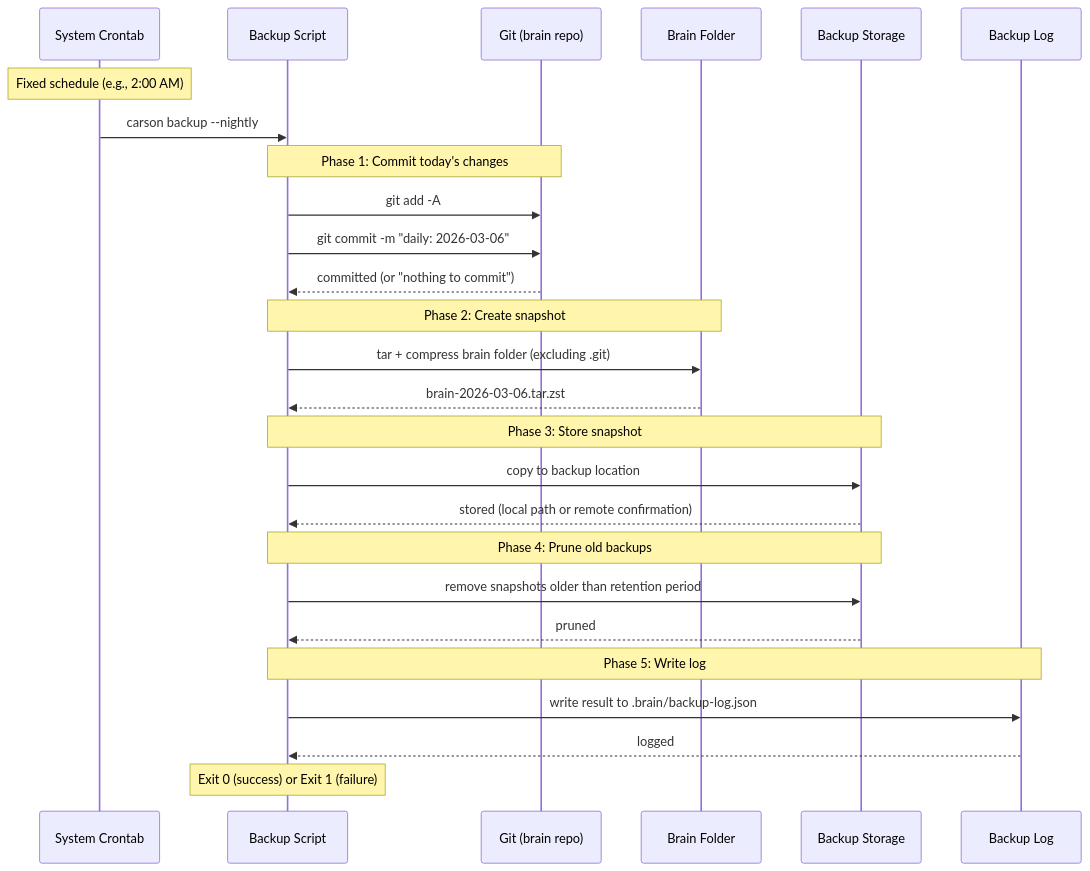
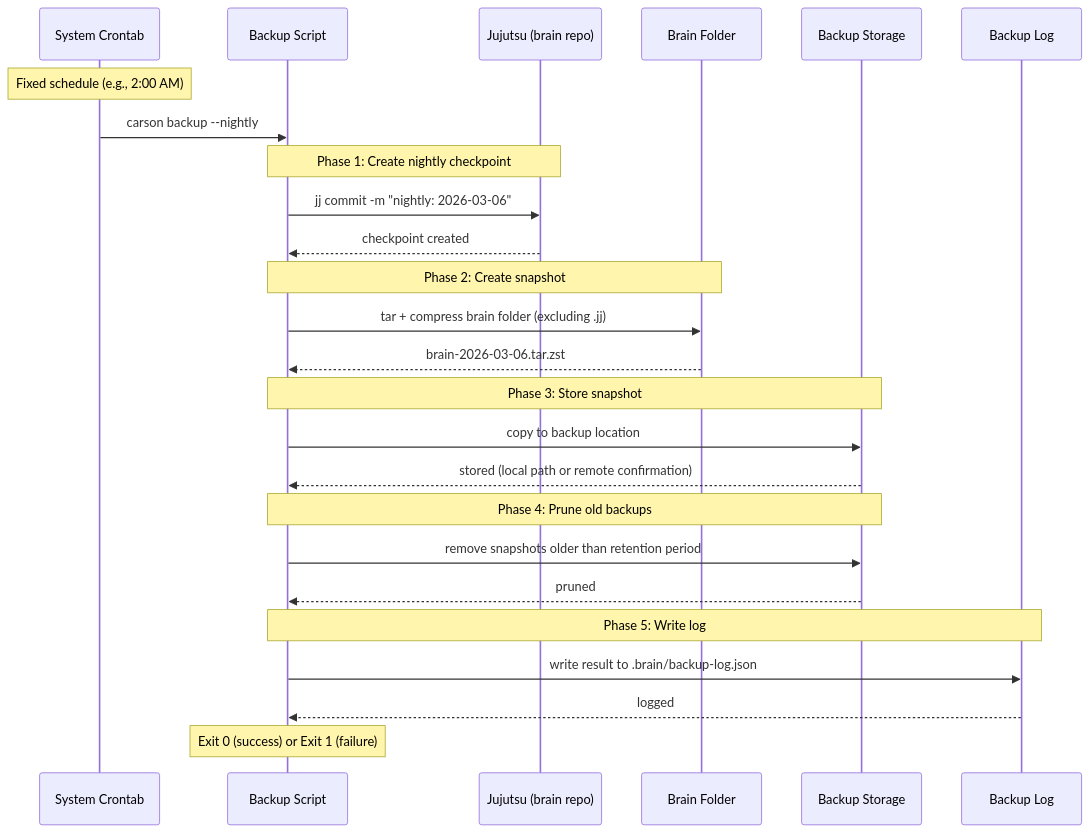
One commit to allofher/carson changed the second of 4 diagrams in VERSIONING.md. Above: the diagram before and after it, drawn with Mermaid. The commit also changed other lines of this file and 17 other files, not shown here.

````diff
--- a/VERSIONING.md
+++ b/VERSIONING.md
@@ -114,35 +114,34 @@
 ```mermaid
 sequenceDiagram
     participant Cron as System Crontab
     participant Script as Backup Script
-    participant Git as Git (brain repo)
+    participant JJ as Jujutsu (brain repo)
     participant FS as Brain Folder
     participant Store as Backup Storage
     participant Log as Backup Log
 
     Note over Cron: Fixed schedule (e.g., 2:00 AM)
     Cron->>Script: carson backup --nightly
 
-    Note over Script,Git: Phase 1: Commit today's changes
-    Script->>Git: git add -A
-    Script->>Git: git commit -m "daily: 2026-03-06"
-    Git-->>Script: committed (or "nothing to commit")
+    Note over Script,JJ: Phase 1: Create nightly checkpoint
+    Script->>JJ: jj commit -m "nightly: 2026-03-06"
+    JJ-->>Script: checkpoint created
 
     Note over Script,FS: Phase 2: Create snapshot
-    Script->>FS: tar + compress brain folder (excluding .git)
+    Script->>FS: tar + compress brain folder (excluding .jj)
     FS-->>Script: brain-2026-03-06.tar.zst
 
     Note over Script,Store: Phase 3: Store snapshot
     Script->>Store: copy to backup location
     Store-->>Script: stored (local path or remote confirmation)
 
     Note over Script,Store: Phase 4: Prune old backups
     Script->>Store: remove snapshots older than retention period
     Store-->>Script: pruned
 
     Note over Script,Log: Phase 5: Write log
     Script->>Log: write result to .brain/backup-log.json
     Log-->>Script: logged
 
     Note over Script: Exit 0 (success) or Exit 1 (failure)
 ```
````
